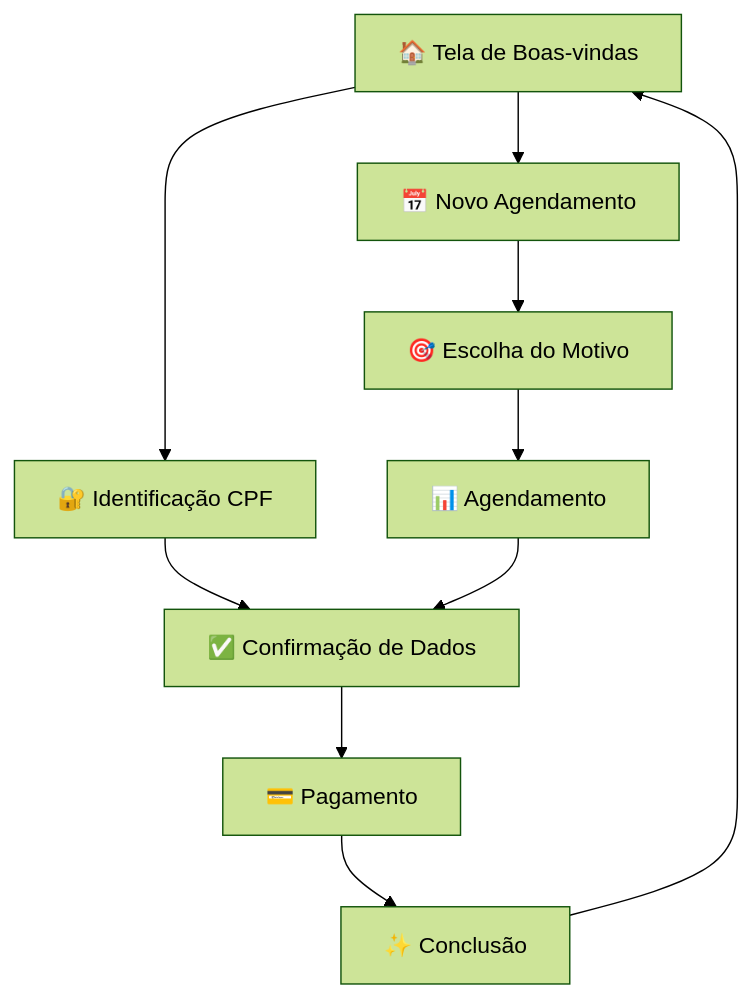
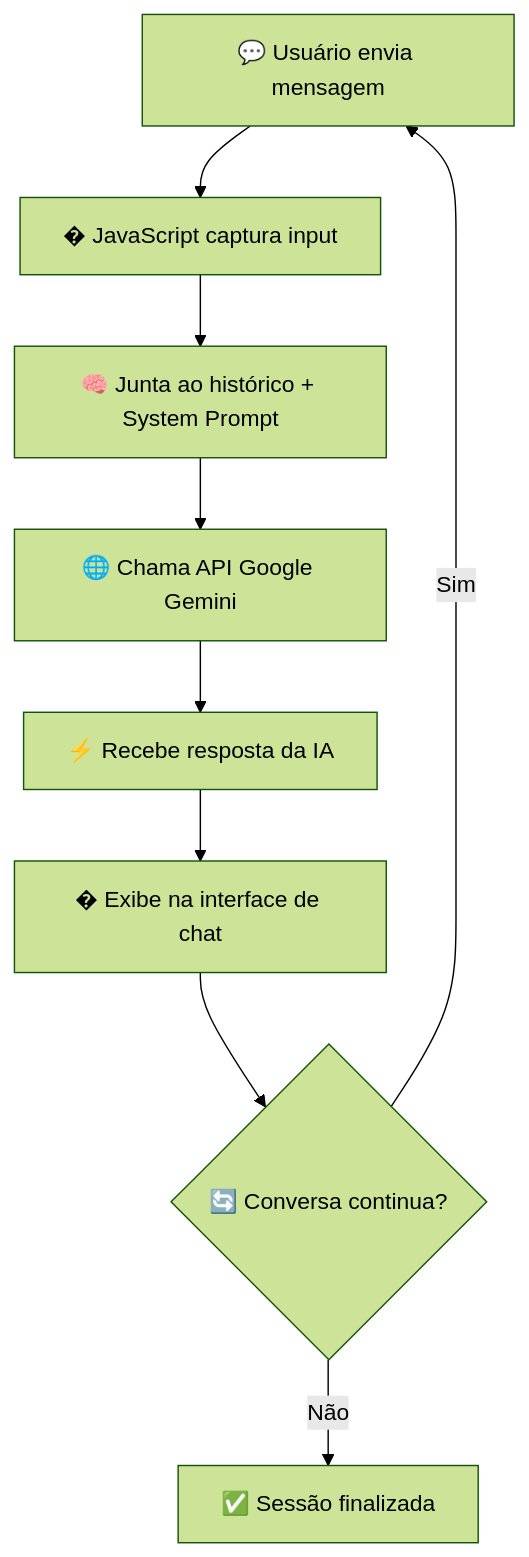
One commit to SirCalder/TotemModularTeste changed the diagram in README.md. Above: the diagram before and after it, drawn with Mermaid (forest theme). The commit also changed other lines of this file and 16 other files, not shown here.

````diff
--- a/README.md
+++ b/README.md
@@ -75,12 +85,11 @@
 ```mermaid
 graph TD
-    A[🏠 Tela de Boas-vindas] --> B[🔐 Identificação CPF]
-    A --> C[📅 Novo Agendamento]
-    B --> D[✅ Confirmação de Dados]
-    C --> E[🎯 Escolha do Motivo]
-    E --> F[📊 Agendamento]
-    F --> D
-    D --> G[💳 Pagamento]
-    G --> H[✨ Conclusão]
-    H --> A
+    A[💬 Usuário envia mensagem] --> B[� JavaScript captura input]
+    B --> C[🧠 Junta ao histórico + System Prompt]
+    C --> D[🌐 Chama API Google Gemini]
+    D --> E[⚡ Recebe resposta da IA]
+    E --> F[� Exibe na interface de chat]
+    F --> G{🔄 Conversa continua?}
+    G -->|Sim| A
+    G -->|Não| H[✅ Sessão finalizada]
 ```
````
